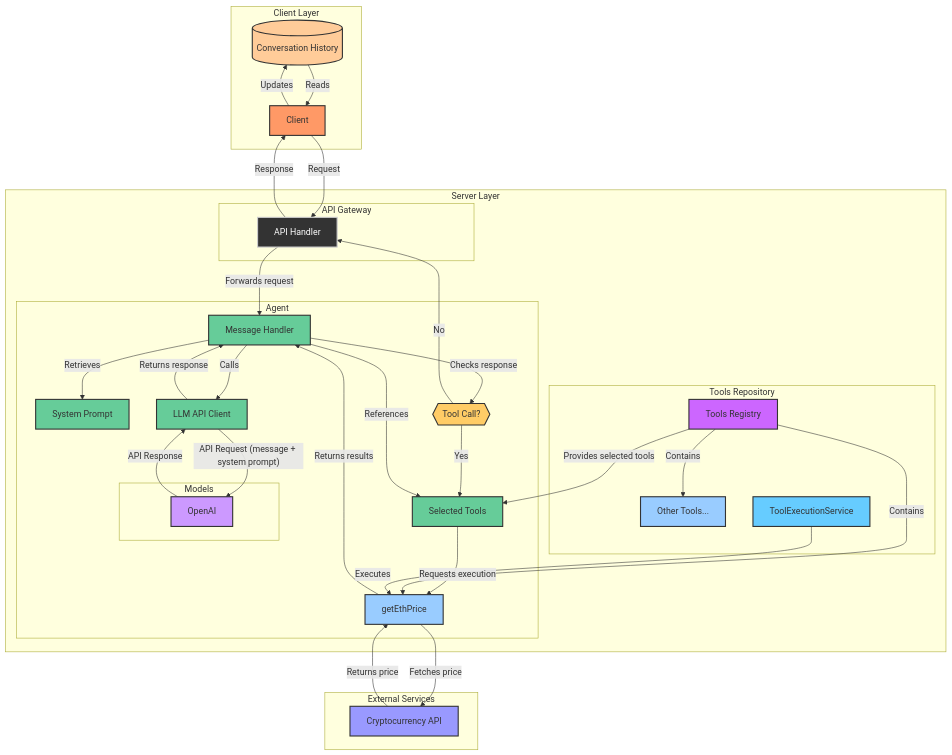
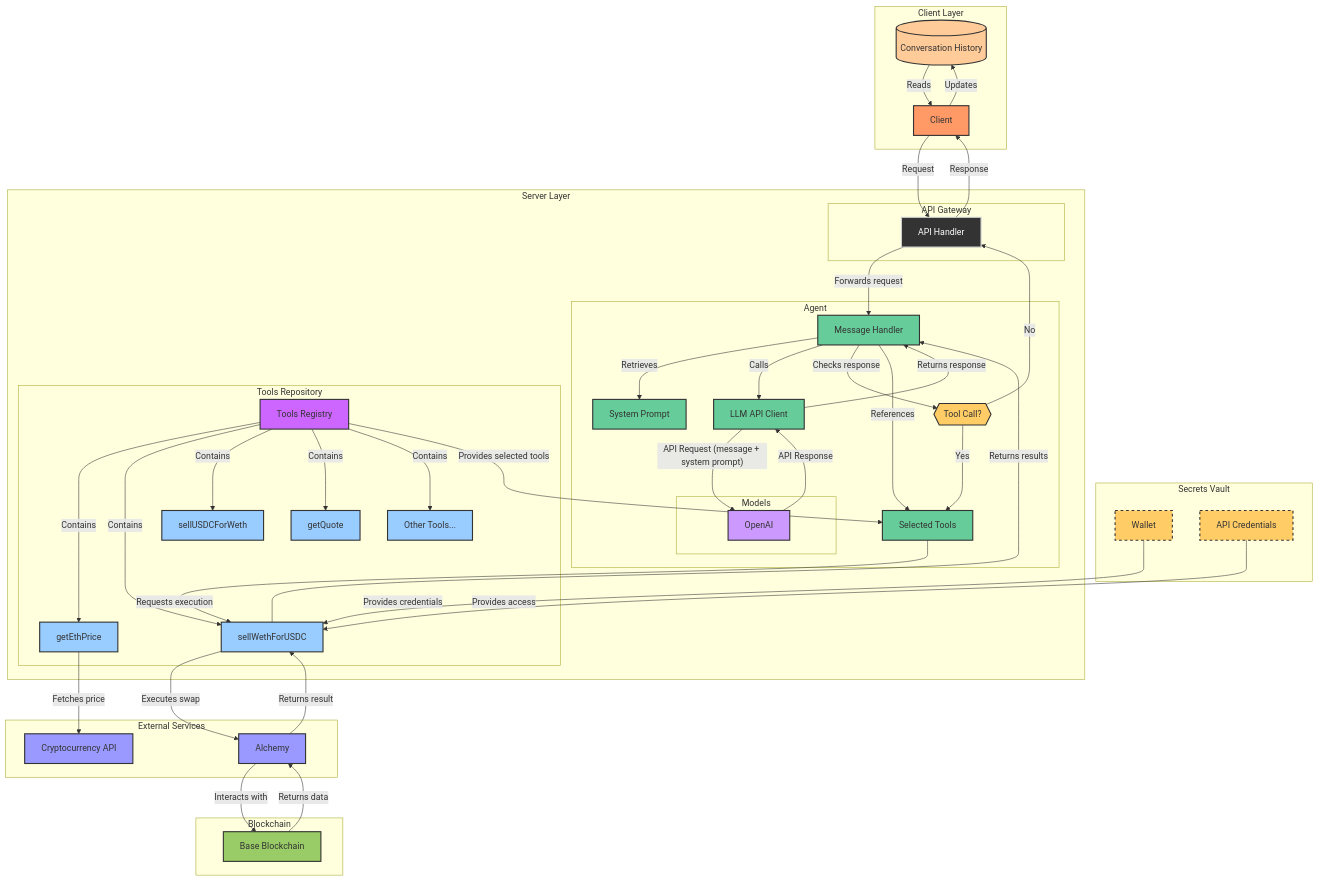
One commit to motechFR/ai-agents-demo changed the diagram in server/lib/levels/flowcharts/level05.md. Above: the diagram before and after it, drawn with Mermaid. The commit also changed 8 other files, not shown here.

````diff
--- a/server/lib/levels/flowcharts/level05.md
+++ b/server/lib/levels/flowcharts/level05.md
@@ -8,12 +8,18 @@
     end
 
 
+
+    subgraph Secrets Vault
+        Wallet["Wallet"]
+        APICredentials["API Credentials"]
+    end
+
     subgraph Server Layer
         subgraph API Gateway
             APIHandler["API Handler"]
         end
 
-         subgraph Agent
+        subgraph Agent
             MessageHandler["Message Handler"]
             SystemPrompt["System Prompt"]
             LLMClient["LLM API Client"]
@@ -33,18 +39,27 @@
             ToolCallTest -- "Yes" --> SelectedTools
             ToolCallTest -- "No" --> APIHandler
             MessageHandler -- "References" --> SelectedTools
-            SelectedTools -- "Requests execution" --> GetEthPrice
-            GetEthPrice -- "Returns results" --> MessageHandler
         end
         
         subgraph Tools Repository
+            %% Elements
             ToolsRegistry["Tools Registry"]
             GetEthPrice["getEthPrice"]
+            SellWethForUSDC["sellWethForUSDC"]
+            SellUSDCForWeth["sellUSDCForWeth"]
+            GetQuote["getQuote"]
             OtherTools["Other Tools..."]
-            
+            SelectedTools["Selected Tools"]
+
+            %% Flow
+            SelectedTools -- "Requests execution" --> SellWethForUSDC
+            SellWethForUSDC -- "Returns results" --> MessageHandler
+
             ToolsRegistry -- "Contains" --> GetEthPrice
+            ToolsRegistry -- "Contains" --> SellWethForUSDC
+            ToolsRegistry -- "Contains" --> SellUSDCForWeth
+            ToolsRegistry -- "Contains" --> GetQuote
             ToolsRegistry -- "Contains" --> OtherTools
-            ToolExecutionService -- "Executes" --> GetEthPrice
         end
     end
 
@@ -53,10 +68,23 @@
     APIHandler -- "Response" --> Client
     ToolsRegistry -- "Provides selected tools" --> SelectedTools
 
+    Wallet -- "Provides credentials" --> SellWethForUSDC
+    APICredentials -- "Provides access" --> SellWethForUSDC
+
+    subgraph Blockchain
+        Base["Base Blockchain"]
+    end
+
     subgraph External Services
         CoinAPI["Cryptocurrency API"]
+        Alchemy["Alchemy"]
+        
         GetEthPrice -- "Fetches price" --> CoinAPI
-        CoinAPI -- "Returns price" --> GetEthPrice
+        
+        SellWethForUSDC -- "Executes swap" --> Alchemy
+        Alchemy -- "Interacts with" --> Base
+        Base -- "Returns data" --> Alchemy
+        Alchemy -- "Returns result" --> SellWethForUSDC
     end
 
     classDef clientStyle fill:#f96,stroke:#333,stroke-width:2px;
@@ -67,18 +95,20 @@
     classDef toolStyle fill:#9cf,stroke:#333,stroke-width:2px;
     classDef modelStyle fill:#c9f,stroke:#333,stroke-width:2px;
     classDef repositoryStyle fill:#c6f,stroke:#333,stroke-width:2px;
-    classDef executionStyle fill:#6cf,stroke:#333,stroke-width:2px;
     classDef decisionStyle fill:#fc6,stroke:#333,stroke-width:2px;
+    classDef blockchainStyle fill:#9c6,stroke:#333,stroke-width:2px;
+    classDef secretsStyle fill:#fc6,stroke:#333,stroke-width:2px,stroke-dasharray: 5 5;
 
 
     class Client clientStyle;
     class APIHandler serverStyle;
     class MessageHandler,SystemPrompt,LLMClient,SelectedTools agentStyle;
-    class GetEthPrice,OtherTools toolStyle;
+    class GetEthPrice,OtherTools,SellWethForUSDC,SellUSDCForWeth,GetQuote toolStyle;
     class OpenAI modelStyle;
-    class CoinAPI externalStyle;
+    class CoinAPI,Alchemy externalStyle;
     class ConversationHistory historyStyle;
     class ToolsRegistry repositoryStyle;
-    class ToolExecutionService executionStyle;
     class ToolCallTest decisionStyle;
+    class Base blockchainStyle;
+    class Wallet,APICredentials secretsStyle;
 ```
````
